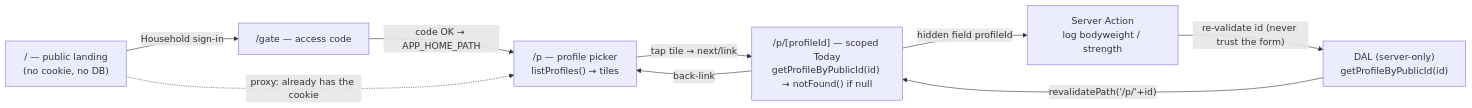
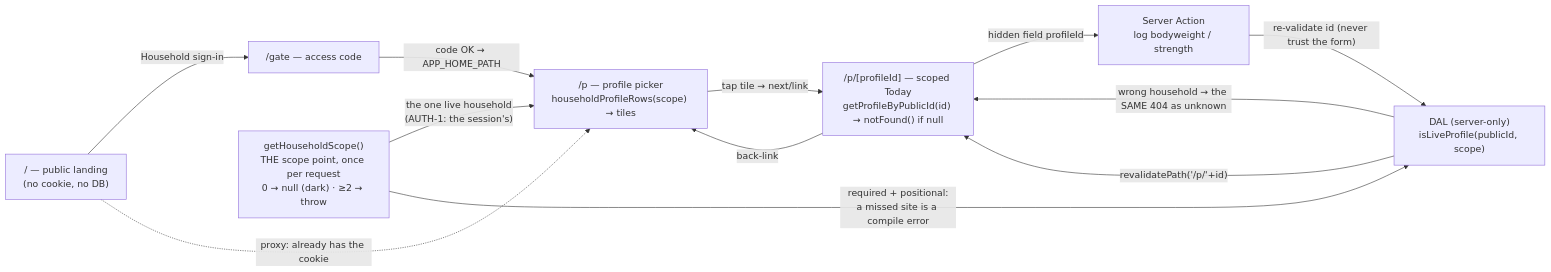
The fourth of 12 diagrams in docs/architecture.md (ralamode/mat-plan), drawn with Mermaid before and after one commit. The commit also changed other lines of this file and 11 other files, not shown here.

````diff
--- a/docs/architecture.md
+++ b/docs/architecture.md
@@ -122,18 +146,22 @@
 ```mermaid
 flowchart LR
   LANDING["/ — public landing<br/>(no cookie, no DB)"]
   GATE["/gate — access code"]
-  PICKER["/p — profile picker<br/>listProfiles() → tiles"]
+  PICKER["/p — profile picker<br/>householdProfileRows(scope) → tiles"]
   TODAY["/p/[profileId] — scoped Today<br/>getProfileByPublicId(id) → notFound() if null"]
   ACT["Server Action<br/>log bodyweight / strength"]
-  DAL["DAL (server-only)<br/>getProfileByPublicId(id)"]
+  SCOPE["getHouseholdScope()<br/>THE scope point, once per request<br/>0 → null (dark) · ≥2 → throw"]
+  DAL["DAL (server-only)<br/>isLiveProfile(publicId, scope)"]
 
   LANDING -->|"Household sign-in"| GATE
   GATE -->|"code OK → APP_HOME_PATH"| PICKER
   LANDING -.->|"proxy: already has the cookie"| PICKER
+  SCOPE -->|"the one live household<br/>(AUTH-1: the session's)"| PICKER
   PICKER -->|"tap tile → next/link"| TODAY
   TODAY -->|"back-link"| PICKER
   TODAY -->|"hidden field profileId"| ACT
   ACT -->|"re-validate id (never trust the form)"| DAL
+  SCOPE -->|"required + positional:<br/>a missed site is a compile error"| DAL
+  DAL -->|"wrong household → the SAME 404 as unknown"| TODAY
   DAL -->|"revalidatePath('/p/'+id)"| TODAY
 ```
````
